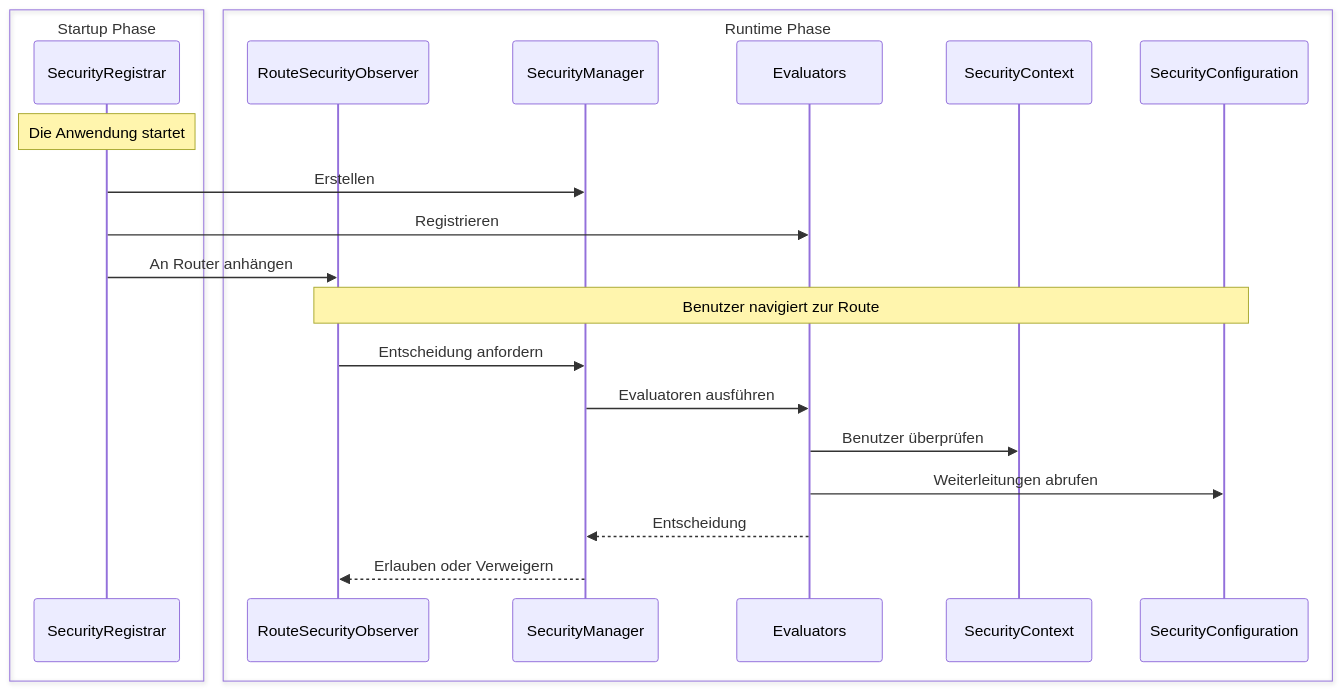
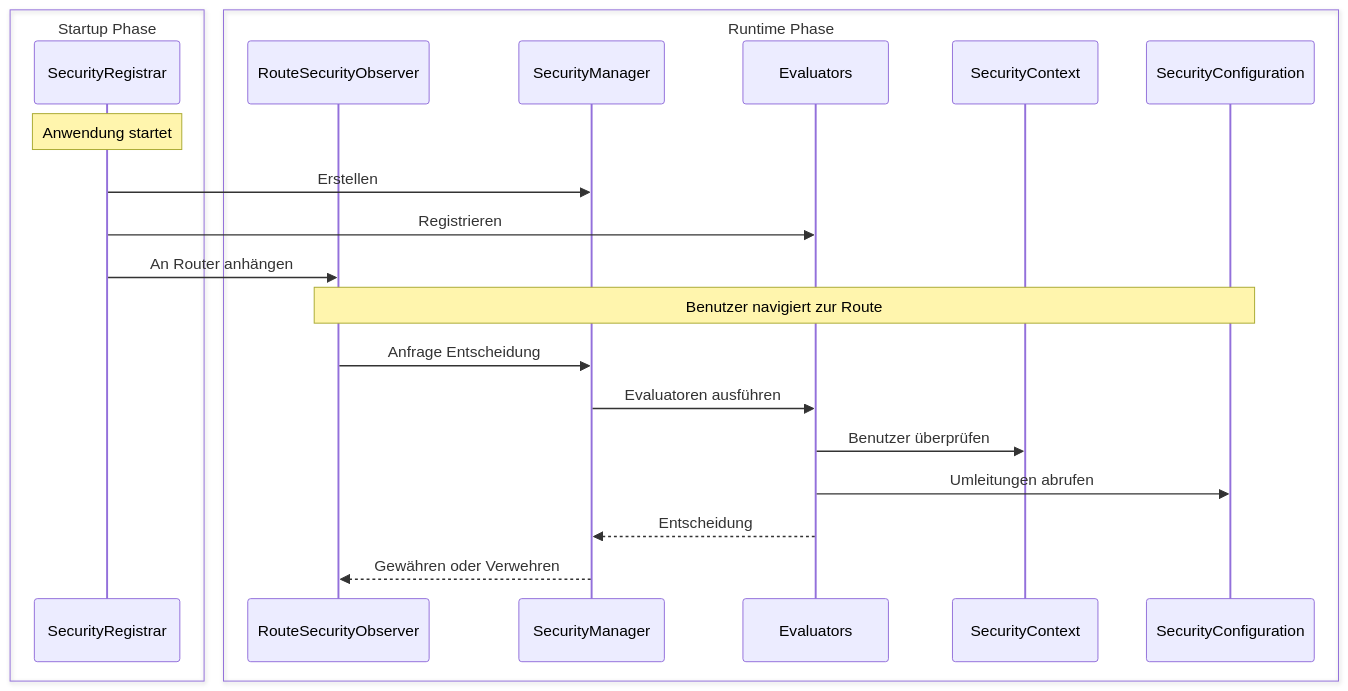
The diagram in docs/i18n/de/docusaurus-plugin-content-docs/current/security/architecture/custom-implementation.md (webforj/webforj-documentation), drawn with Mermaid before and after one commit. The commit also changed other lines of this file and 589 other files, not shown here.

````diff
--- a/docs/i18n/de/docusaurus-plugin-content-docs/current/security/architecture/custom-implementation.md
+++ b/docs/i18n/de/docusaurus-plugin-content-docs/current/security/architecture/custom-implementation.md
@@ -28,26 +28,26 @@
 ```mermaid
 sequenceDiagram
   box Startup Phase
   participant Registrar as SecurityRegistrar
   end
   box Runtime Phase
   participant Observer as RouteSecurityObserver
   participant Manager as SecurityManager
   participant Evaluators
   participant Context as SecurityContext
   participant Config as SecurityConfiguration
   end
 
-  Note over Registrar: Die Anwendung startet
+  Note over Registrar: Anwendung startet
   Registrar->>Manager: Erstellen
   Registrar->>Evaluators: Registrieren
   Registrar->>Observer: An Router anhängen
 
   Note over Observer,Config: Benutzer navigiert zur Route
-  Observer->>Manager: Entscheidung anfordern
+  Observer->>Manager: Anfrage Entscheidung
   Manager->>Evaluators: Evaluatoren ausführen
   Evaluators->>Context: Benutzer überprüfen
-  Evaluators->>Config: Weiterleitungen abrufen
+  Evaluators->>Config: Umleitungen abrufen
   Evaluators-->>Manager: Entscheidung
-  Manager-->>Observer: Erlauben oder Verweigern
+  Manager-->>Observer: Gewähren oder Verwehren
 ```
````
